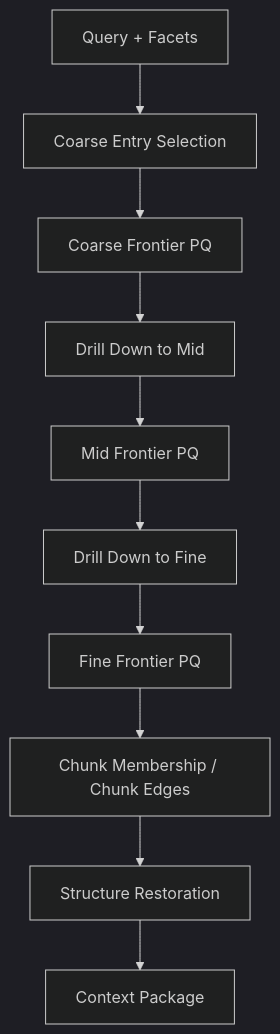
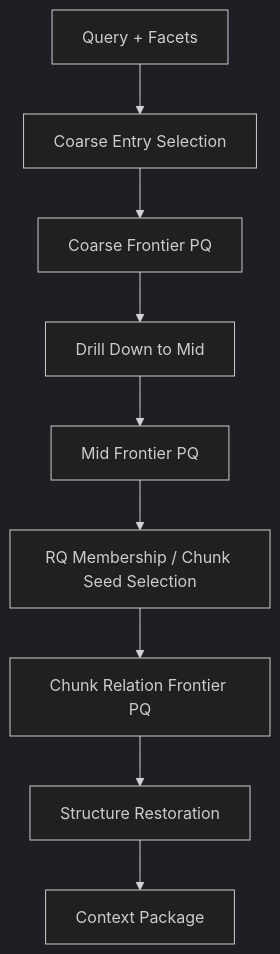
Before and after one commit to Sggggt/SymboGraph: the tenth of 11 diagrams in docs/technical-spec.md, drawn with Mermaid (dark theme). The commit also changed other lines of this file and 57 other files, not shown here.

Commit message:
v1.3.1 beta: 重新划分了四层图的边界，更新了图谱生成架构

````diff
--- a/docs/technical-spec.md
+++ b/docs/technical-spec.md
@@ -1591,12 +1947,11 @@
 ```mermaid
 flowchart TB
     Q["Query + Facets"] --> CE["Coarse Entry Selection"]
     CE --> CQ["Coarse Frontier PQ"]
     CQ --> MD["Drill Down to Mid"]
     MD --> MQ["Mid Frontier PQ"]
-    MQ --> FD["Drill Down to Fine"]
-    FD --> FQ["Fine Frontier PQ"]
-    FQ --> CH["Chunk Membership / Chunk Edges"]
+    MQ --> CS["RQ Membership / Chunk Seed Selection"]
+    CS --> CH["Chunk Relation Frontier PQ"]
     CH --> ST["Structure Restoration"]
     ST --> CP["Context Package"]
 ```
````
